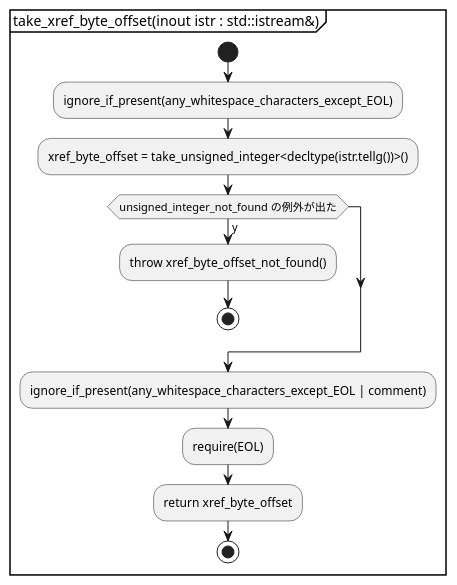
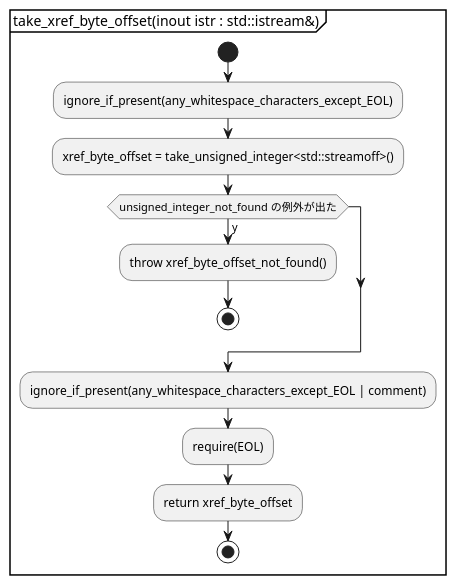
The fourth of 10 diagrams in document/parser.activity.pu (KodaiYM/PDFReader), drawn with PlantUML before and after one commit. The commit also changed other lines of this file and 12 other files, not shown here.

```diff
--- a/document/parser.activity.pu
+++ b/document/parser.activity.pu
@@ -42,15 +42,15 @@
 @startuml take_xref_byte_offset
 partition "take_xref_byte_offset(inout istr : std::istream&)" {
 start
 	:ignore_if_present(any_whitespace_characters_except_EOL);
-	:xref_byte_offset = take_unsigned_integer<decltype(istr.tellg())>();
+	:xref_byte_offset = take_unsigned_integer<std::streamoff>();
 	if (unsigned_integer_not_found の例外が出た) then (y)
 		:throw xref_byte_offset_not_found();
 		stop
 	endif
 	:ignore_if_present(any_whitespace_characters_except_EOL | comment);
 	:require(EOL);
 	:return xref_byte_offset;
 stop
 }
 @enduml
```
